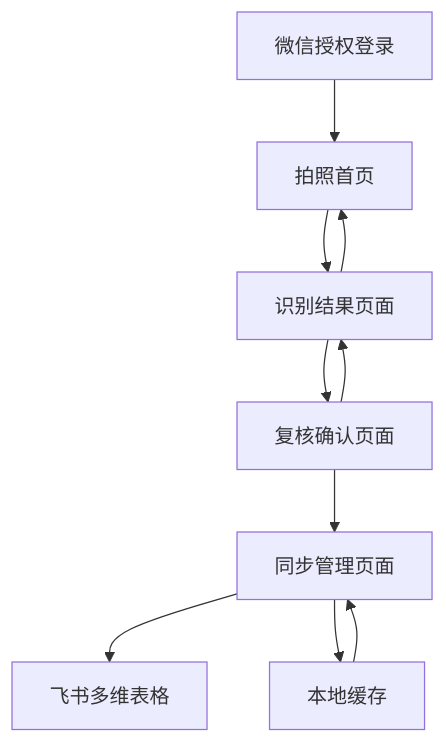
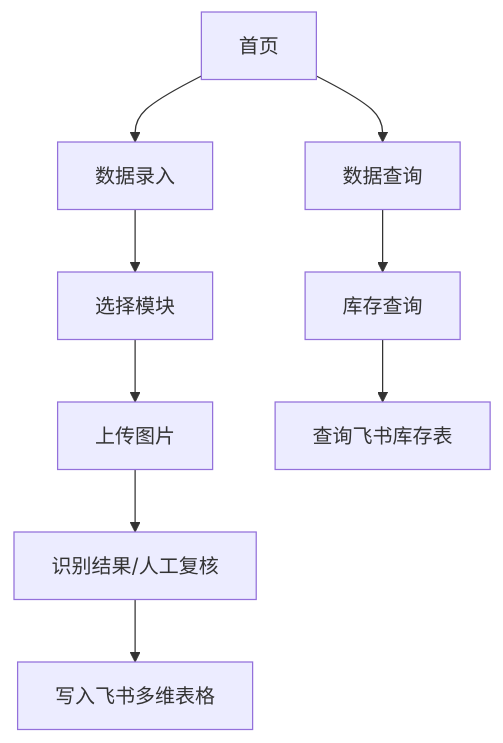
The diagram in .trae/documents/box2bitable-prd.md (winnie6688/box2bitable), drawn with Mermaid before and after one commit. The commit also changed other lines of this file and 35 other files, not shown here.

````diff
--- a/.trae/documents/box2bitable-prd.md
+++ b/.trae/documents/box2bitable-prd.md
@@ -46,12 +40,11 @@
 ```mermaid
 graph TD
-  A[微信授权登录] --> B[拍照首页]
-  B --> C[识别结果页面]
-  C --> D[复核确认页面]
-  D --> E[同步管理页面]
-  E --> F[飞书多维表格]
-  C --> B
-  D --> C
-  E --> G[本地缓存]
-  G --> E
+  A[首页] --> B[数据录入]
+  A --> C[数据查询]
+  B --> D[选择模块]
+  D --> E[上传图片]
+  E --> F[识别结果/人工复核]
+  F --> G[写入飞书多维表格]
+  C --> H[库存查询]
+  H --> I[查询飞书库存表]
 ```
````
